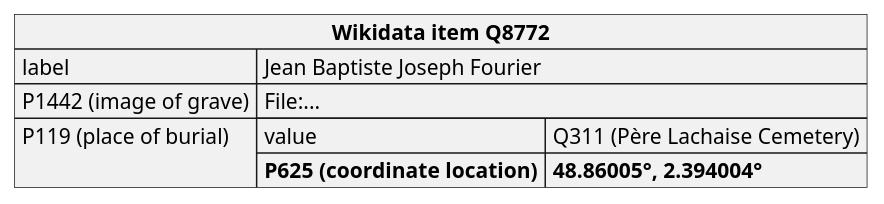
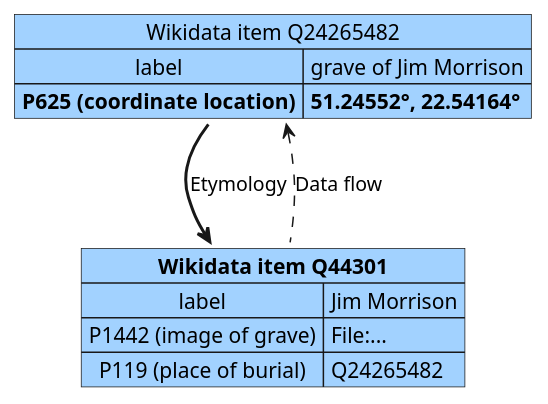
The diagram in images/data/wd_reverse.plantuml (Danysan1/osm-wikidata-map-framework), drawn with PlantUML before and after one commit. The commit also changed 29 other files, not shown here.

```diff
--- a/images/data/wd_reverse.plantuml
+++ b/images/data/wd_reverse.plantuml
@@ -1,12 +1,17 @@
 @startuml wd_reverse
 
-json "**Wikidata item Q8772**" as x {
-  "label": "Jean Baptiste Joseph Fourier",
-  "P1442 (image of grave)": "File:...",
-  "P119 (place of burial)": {
-    "value": "Q311 (Père Lachaise Cemetery)",
-    "**P625 (coordinate location)**": "**48.86005°, 2.394004°**"
-  }
+map "**Wikidata item Q44301**" as wikia #a2d2ff {
+  label => Jim Morrison
+  P1442 (image of grave) => File:...
+  P119 (place of burial) => Q24265482
 }
 
+map "Wikidata item Q24265482" as wikie #a2d2ff {
+  label => grave of Jim Morrison
+  **P625 (coordinate location)** => **51.24552°, 22.54164°**
+}
+
+wikie -[bold]-> wikia : Etymology
+wikie <.. wikia : Data flow
+
 @enduml
```
